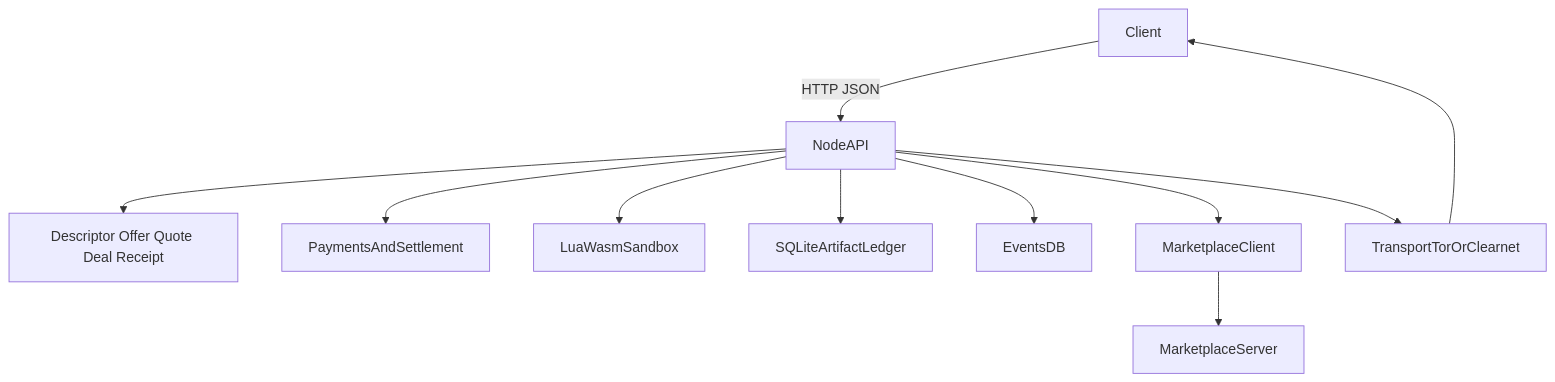
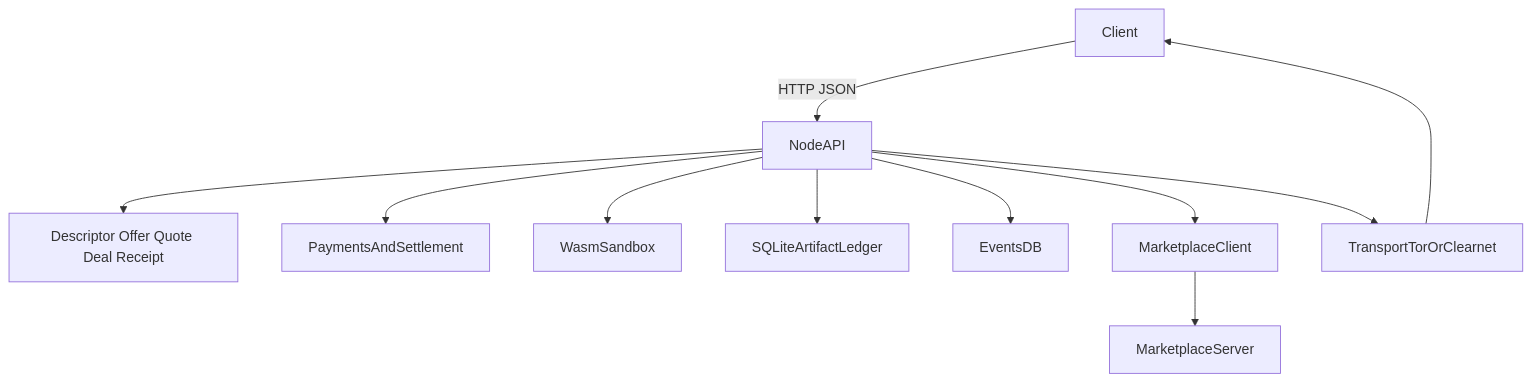
One commit to armanas/froglet changed the diagram in README.md. Above: the diagram before and after it, drawn with Mermaid. The commit also changed other lines of this file and 22 other files, not shown here.

````diff
--- a/README.md
+++ b/README.md
@@ -104,13 +103,13 @@
 ```mermaid
 flowchart TD
   client[Client] -->|HTTP JSON| nodeApi[NodeAPI]
   nodeApi --> protocol[Descriptor Offer Quote Deal Receipt]
   nodeApi --> payments[PaymentsAndSettlement]
-  nodeApi --> sandbox[LuaWasmSandbox]
+  nodeApi --> sandbox[WasmSandbox]
   nodeApi --> ledger[SQLiteArtifactLedger]
   nodeApi --> eventsDB[EventsDB]
   nodeApi --> marketplaceClient[MarketplaceClient]
   marketplaceClient --> marketplaceServer[MarketplaceServer]
   nodeApi --> transport[TransportTorOrClearnet]
   transport --> client
 ```
````
